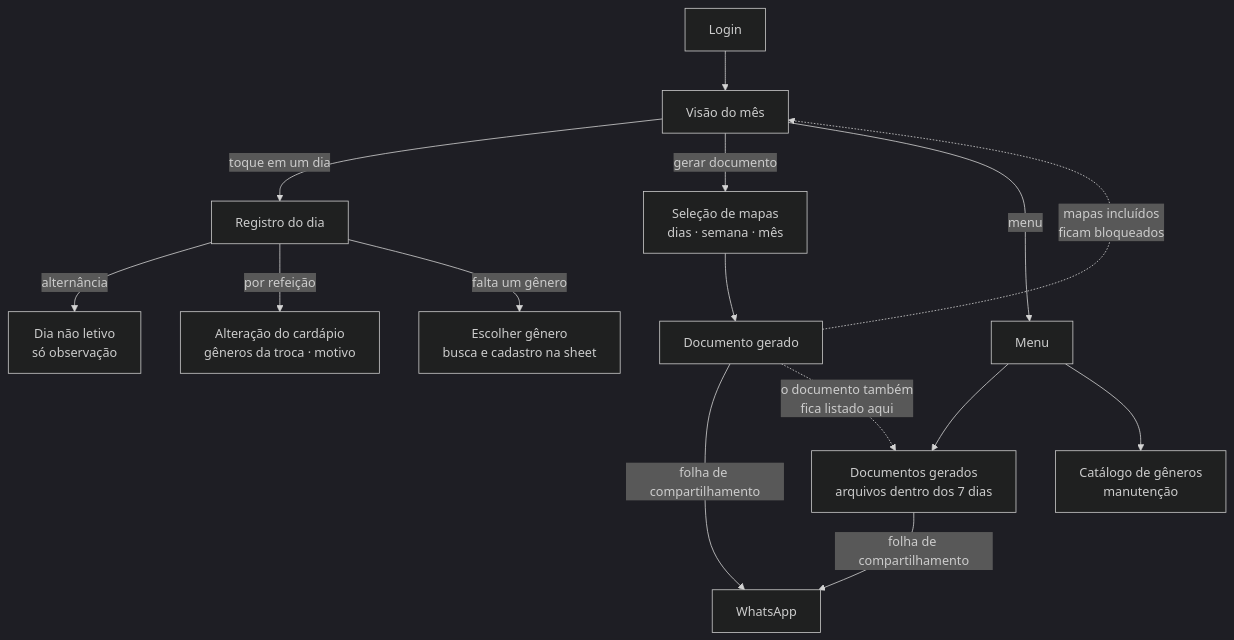
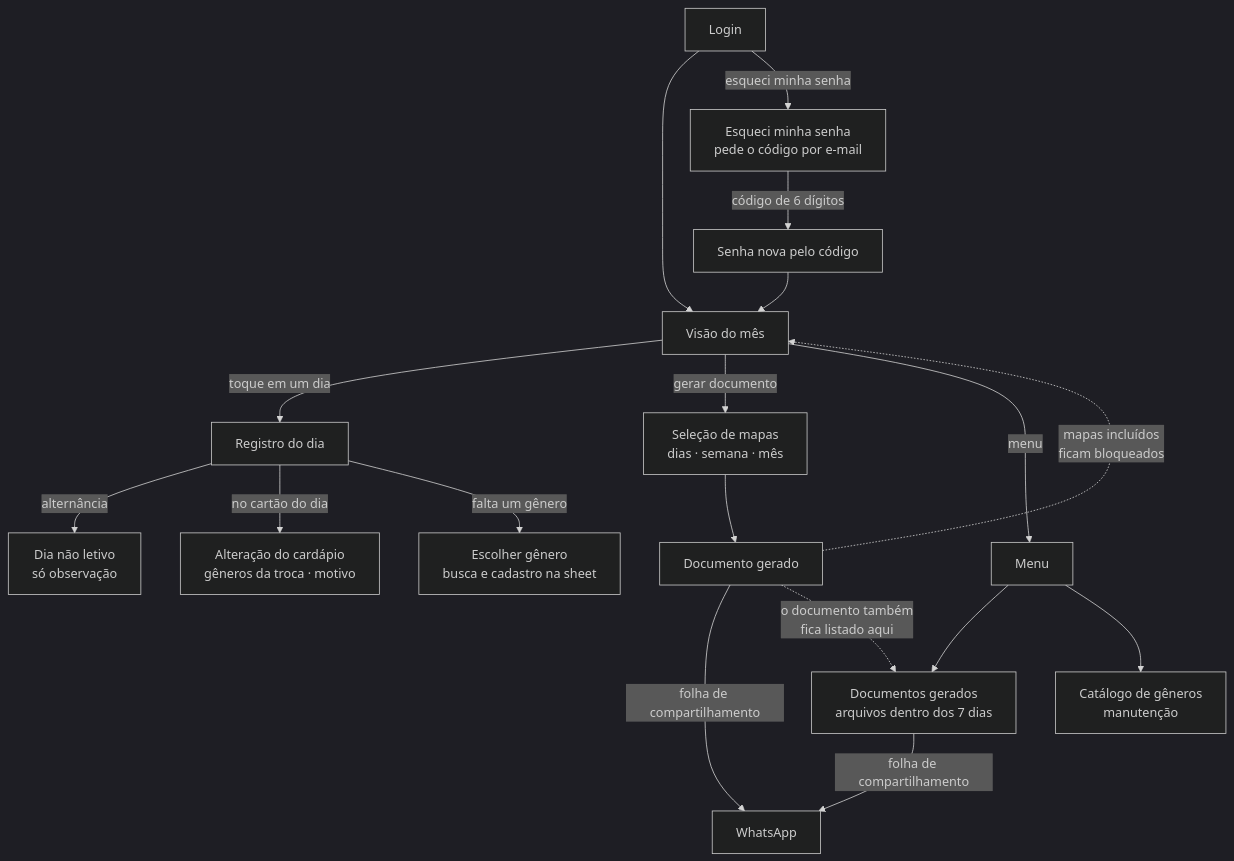
The first of 2 diagrams in docs/03-ux/fluxo-de-telas.md (rds-renan/mapa-alimentacao-escolar), drawn with Mermaid (dark theme) before and after one commit. The commit also changed other lines of this file and 17 other files, not shown here.

````diff
--- a/docs/03-ux/fluxo-de-telas.md
+++ b/docs/03-ux/fluxo-de-telas.md
@@ -11,17 +11,20 @@
 ```mermaid
 flowchart TD
     L[Login] --> M[Visão do mês]
+    L -->|esqueci minha senha| ES[Esqueci minha senha\npede o código por e-mail]
+    ES -->|código de 6 dígitos| SN[Senha nova pelo código]
+    SN --> M
     M -->|toque em um dia| R[Registro do dia]
     R -->|alternância| NL[Dia não letivo\nsó observação]
-    R -->|por refeição| AC[Alteração do cardápio\ngêneros da troca · motivo]
+    R -->|no cartão do dia| AC[Alteração do cardápio\ngêneros da troca · motivo]
     R -->|falta um gênero| EG[Escolher gênero\nbusca e cadastro na sheet]
     M -->|gerar documento| S[Seleção de mapas\ndias · semana · mês]
     S --> G[Documento gerado]
     G -->|folha de compartilhamento| W[WhatsApp]
     G -.->|mapas incluídos\nficam bloqueados| M
     M -->|menu| ME[Menu]
     ME --> DG[Documentos gerados\narquivos dentro dos 7 dias]
     ME --> CG[Catálogo de gêneros\nmanutenção]
     DG -->|folha de compartilhamento| W
     G -.->|o documento também\nfica listado aqui| DG
 ```
````
